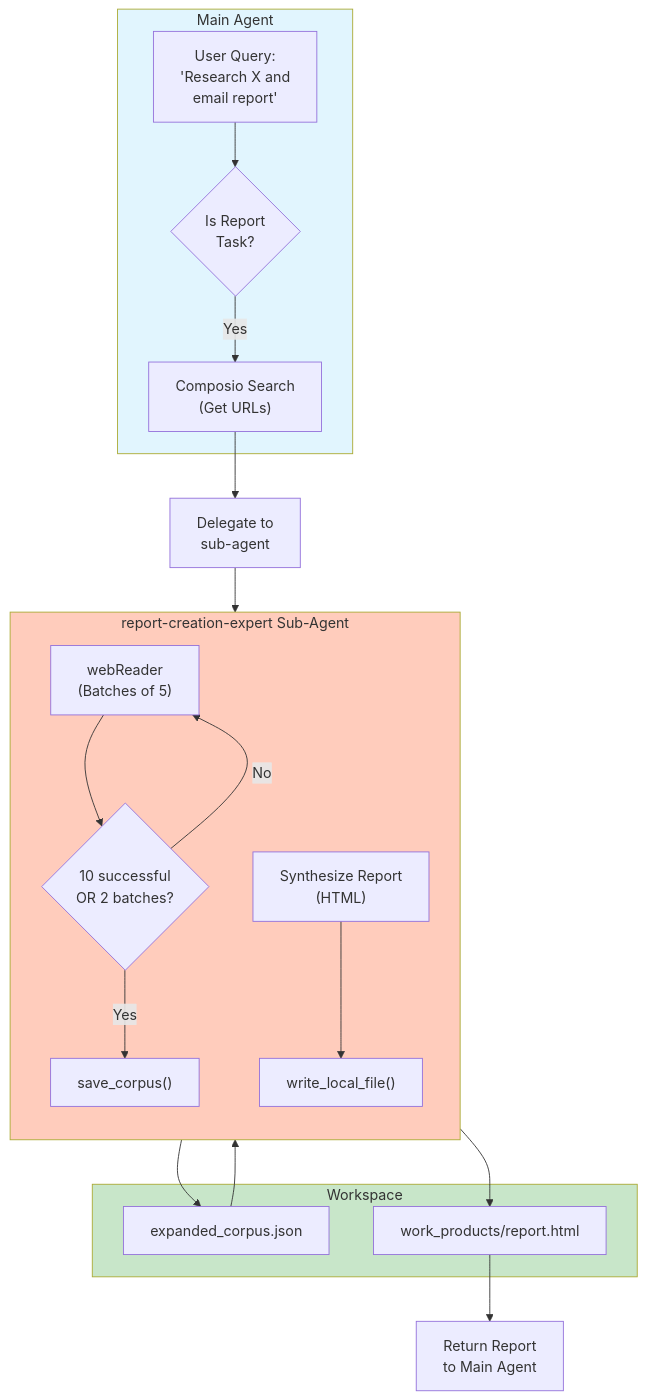
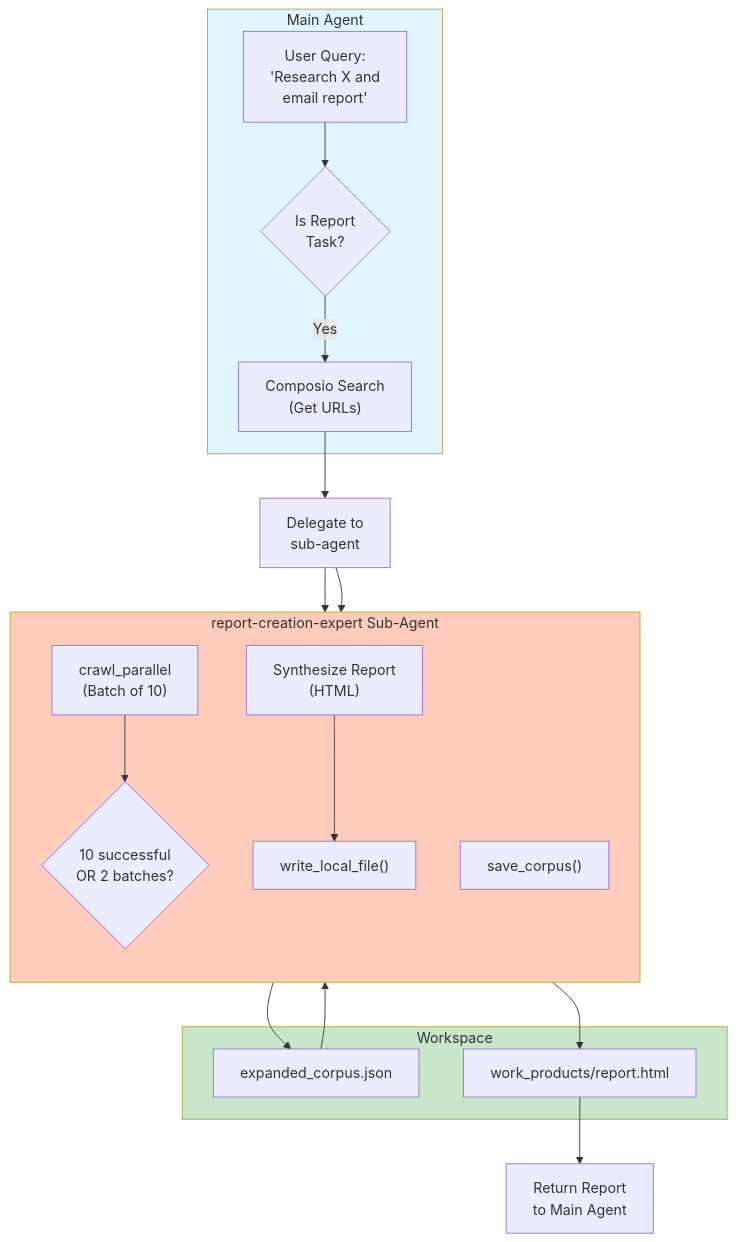
The seventh of 15 diagrams in Project_Documentation/Architecture/01_overall_system_architecture.md (Kjdragan/universal_agent), drawn with Mermaid before and after one commit. The commit also changed other lines of this file and 15 other files, not shown here.

Commit message:
feat: implement SubagentStop hook, toolkit banning, and sub-agent tool inheritance while removing Z.AI webReader.

````diff
--- a/Project_Documentation/Architecture/01_overall_system_architecture.md
+++ b/Project_Documentation/Architecture/01_overall_system_architecture.md
@@ -444,42 +430,41 @@
 ```mermaid
 flowchart TB
     subgraph MainAgent["Main Agent"]
         UserQuery["User Query:<br/>'Research X and<br/>email report'"]
         Decision{"Is Report<br/>Task?"}
         Search["Composio Search<br/>(Get URLs)"]
     end
 
     subgraph SubAgent["report-creation-expert Sub-Agent"]
         direction TB
-        Extract["webReader<br/>(Batches of 5)"]
+        Extract["crawl_parallel<br/>(Batch of 10)"]
         Count{"10 successful<br/>OR 2 batches?"}
         SaveCorpus["save_corpus()"]
         Synthesize["Synthesize Report<br/>(HTML)"]
         WriteFile["write_local_file()"]
     end
 
     subgraph Output["Workspace"]
         Corpus["expanded_corpus.json"]
         Report["work_products/report.html"]
     end
 
     UserQuery --> Decision
     Decision -->|Yes| Search
     Search --> Delegate["Delegate to<br/>sub-agent"]
 
     Delegate --> Extract
+    Delegate --> Extract
     Extract --> Count
-    Count -->|No| Extract
-    Count -->|Yes| SaveCorpus
 
     SaveCorpus --> Corpus
     Corpus --> Synthesize
     Synthesize --> WriteFile
     WriteFile --> Report
 
     Report --> Return["Return Report<br/>to Main Agent"]
 
     style MainAgent fill:#e1f5fe
     style SubAgent fill:#ffccbc
     style Output fill:#c8e6c9
 ```
````
